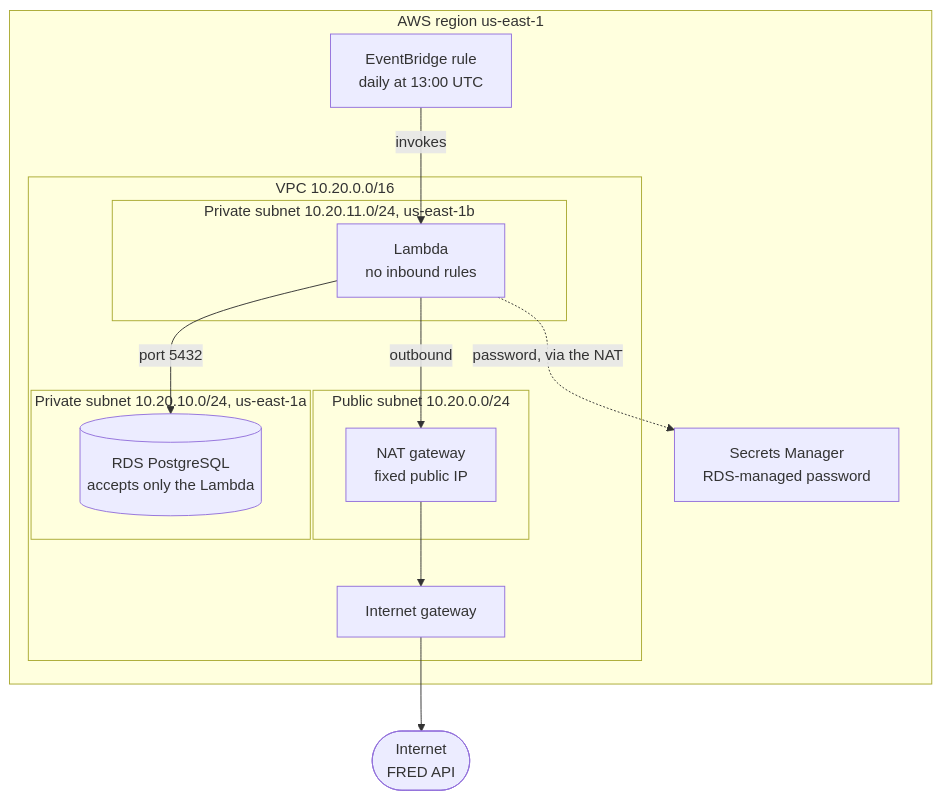
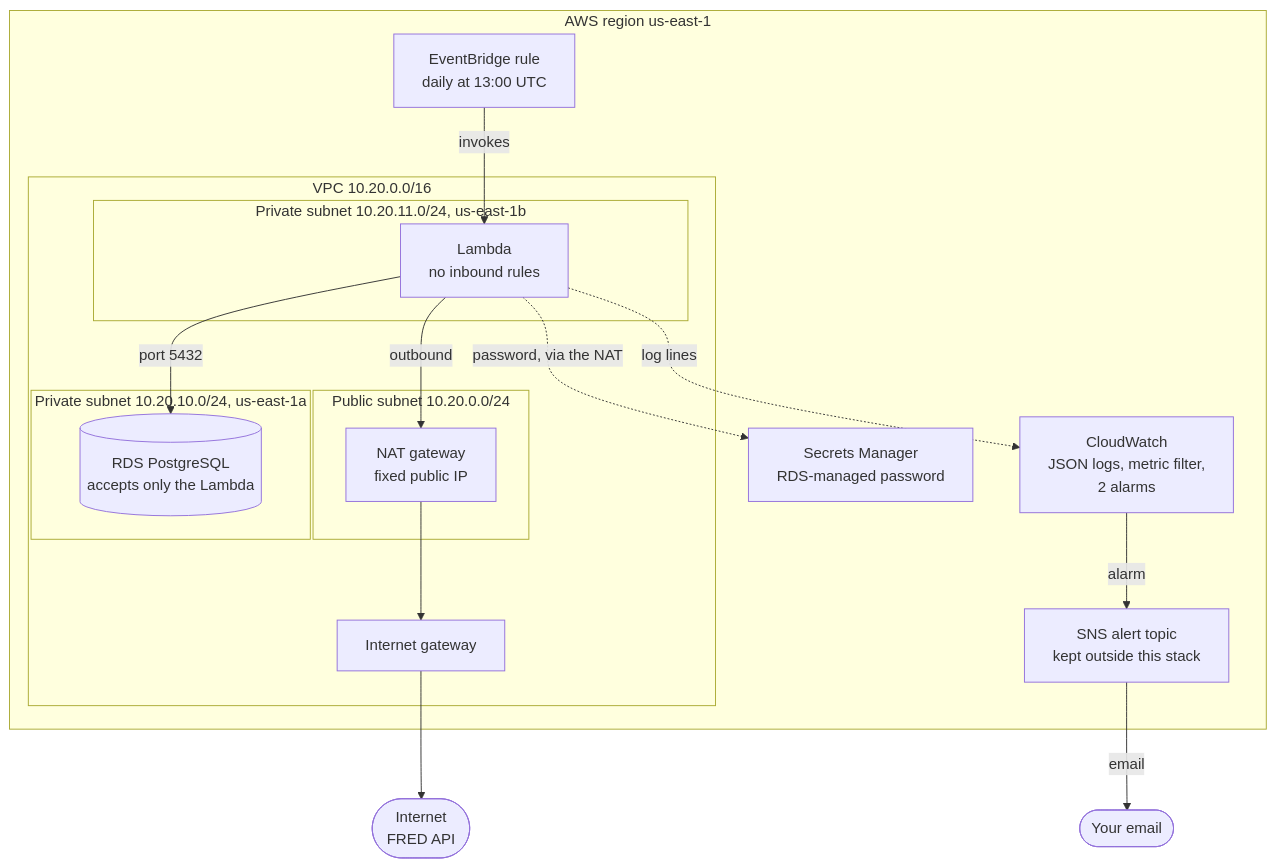
The second of 2 diagrams in README.md (lkhavkin7/Economic_Data), drawn with Mermaid before and after one commit. The commit also changed other lines of this file, not shown here.

````diff
--- a/README.md
+++ b/README.md
@@ -49,32 +51,38 @@
 ```mermaid
 flowchart TB
     internet(["Internet<br/>FRED API"])
+    mail(["Your email"])
 
     subgraph region["AWS region us-east-1"]
         eb["EventBridge rule<br/>daily at 13:00 UTC"]
         secret["Secrets Manager<br/>RDS-managed password"]
+        logs["CloudWatch<br/>JSON logs, metric filter,<br/>2 alarms"]
+        sns["SNS alert topic<br/>kept outside this stack"]
 
         subgraph vpc["VPC 10.20.0.0/16"]
             igw["Internet gateway"]
 
             subgraph public["Public subnet 10.20.0.0/24"]
                 nat["NAT gateway<br/>fixed public IP"]
             end
 
             subgraph privA["Private subnet 10.20.10.0/24, us-east-1a"]
                 rds[("RDS PostgreSQL<br/>accepts only the Lambda")]
             end
 
             subgraph privB["Private subnet 10.20.11.0/24, us-east-1b"]
                 fn["Lambda<br/>no inbound rules"]
             end
         end
     end
 
     eb -->|"invokes"| fn
     fn -->|"port 5432"| rds
     fn -->|"outbound"| nat
     nat --> igw
     igw --> internet
     fn -.->|"password, via the NAT"| secret
+    fn -.->|"log lines"| logs
+    logs -->|"alarm"| sns
+    sns -->|"email"| mail
 ```
````
